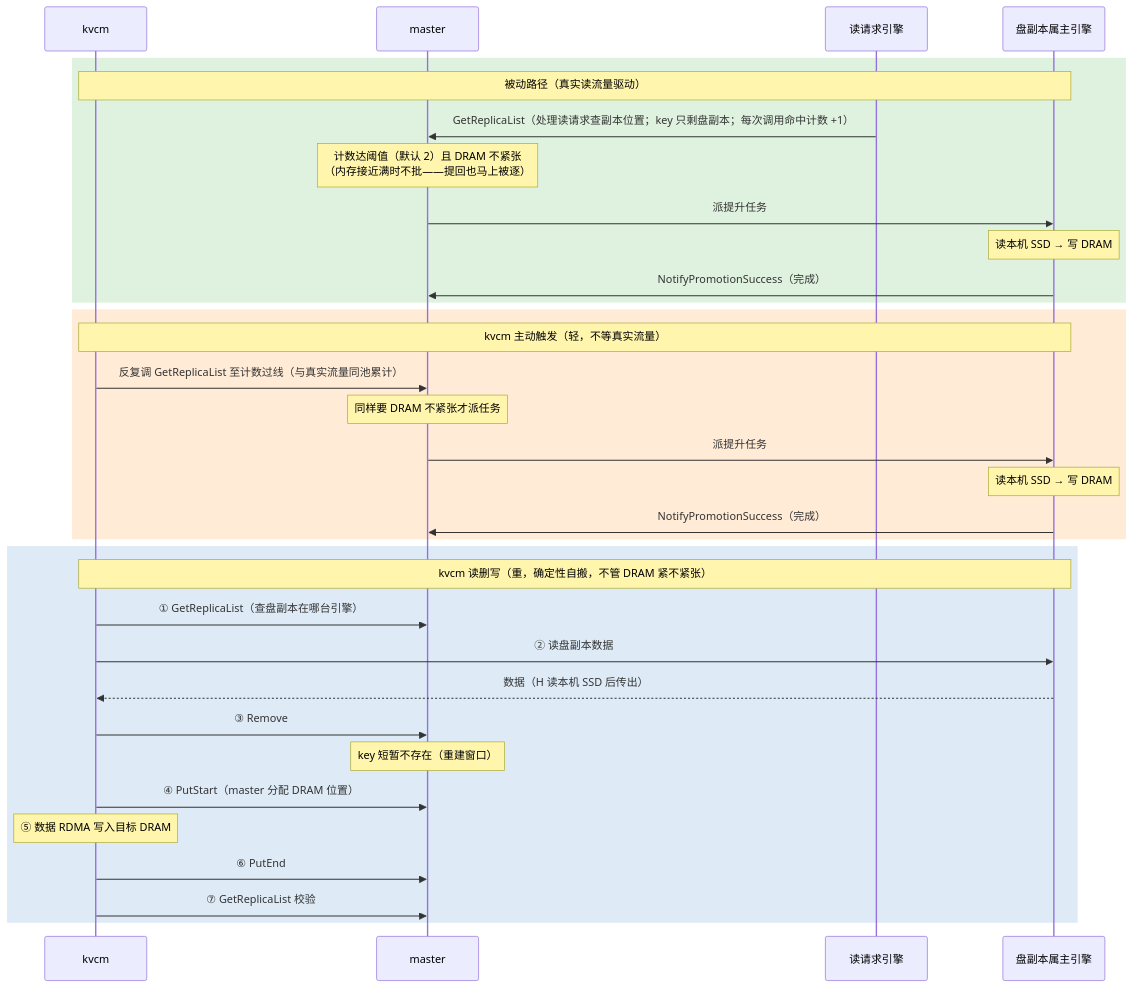
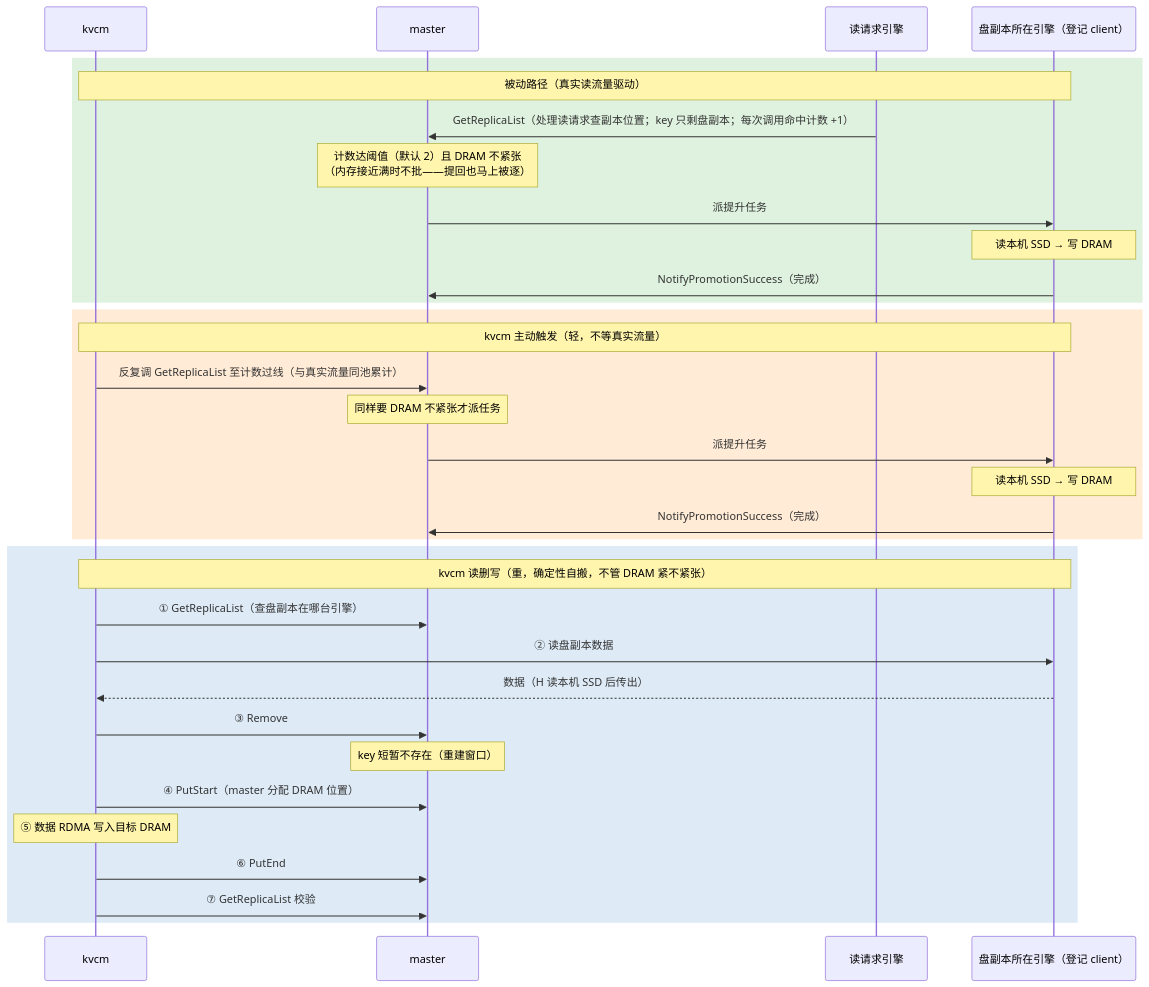
The seventh of 10 diagrams in kvcm/D2-kv-operations.md (5x8-40/lake), drawn with Mermaid before and after one commit. The commit also changed other lines of this file and 6 other files, not shown here.

First line of the commit message:
docs(kvcm): 归属术语澄清 + 归属关系全图，BatchReplicaClear 语义补全 (#62)

````diff
--- a/kvcm/D2-kv-operations.md
+++ b/kvcm/D2-kv-operations.md
@@ -541,38 +641,38 @@
 ```mermaid
 sequenceDiagram
     participant K as kvcm
     participant M as master
     participant R as 读请求引擎
-    participant H as 盘副本属主引擎
+    participant H as 盘副本所在引擎（登记 client）
 
     rect rgb(223, 242, 223)
     Note over K,H: 被动路径（真实读流量驱动）
     R->>M: GetReplicaList（处理读请求查副本位置；key 只剩盘副本；每次调用命中计数 +1）
     Note over M: 计数达阈值（默认 2）且 DRAM 不紧张<br/>（内存接近满时不批——提回也马上被逐）
     M->>H: 派提升任务
     Note over H: 读本机 SSD → 写 DRAM
     H->>M: NotifyPromotionSuccess（完成）
     end
 
     rect rgb(255, 235, 214)
     Note over K,H: kvcm 主动触发（轻，不等真实流量）
     K->>M: 反复调 GetReplicaList 至计数过线（与真实流量同池累计）
     Note over M: 同样要 DRAM 不紧张才派任务
     M->>H: 派提升任务
     Note over H: 读本机 SSD → 写 DRAM
     H->>M: NotifyPromotionSuccess（完成）
     end
 
     rect rgb(222, 235, 247)
     Note over K,H: kvcm 读删写（重，确定性自搬，不管 DRAM 紧不紧张）
     K->>M: ① GetReplicaList（查盘副本在哪台引擎）
     K->>H: ② 读盘副本数据
     H-->>K: 数据（H 读本机 SSD 后传出）
     K->>M: ③ Remove
     Note over M: key 短暂不存在（重建窗口）
     K->>M: ④ PutStart（master 分配 DRAM 位置）
     Note over K: ⑤ 数据 RDMA 写入目标 DRAM
     K->>M: ⑥ PutEnd
     K->>M: ⑦ GetReplicaList 校验
     end
 ```
````
